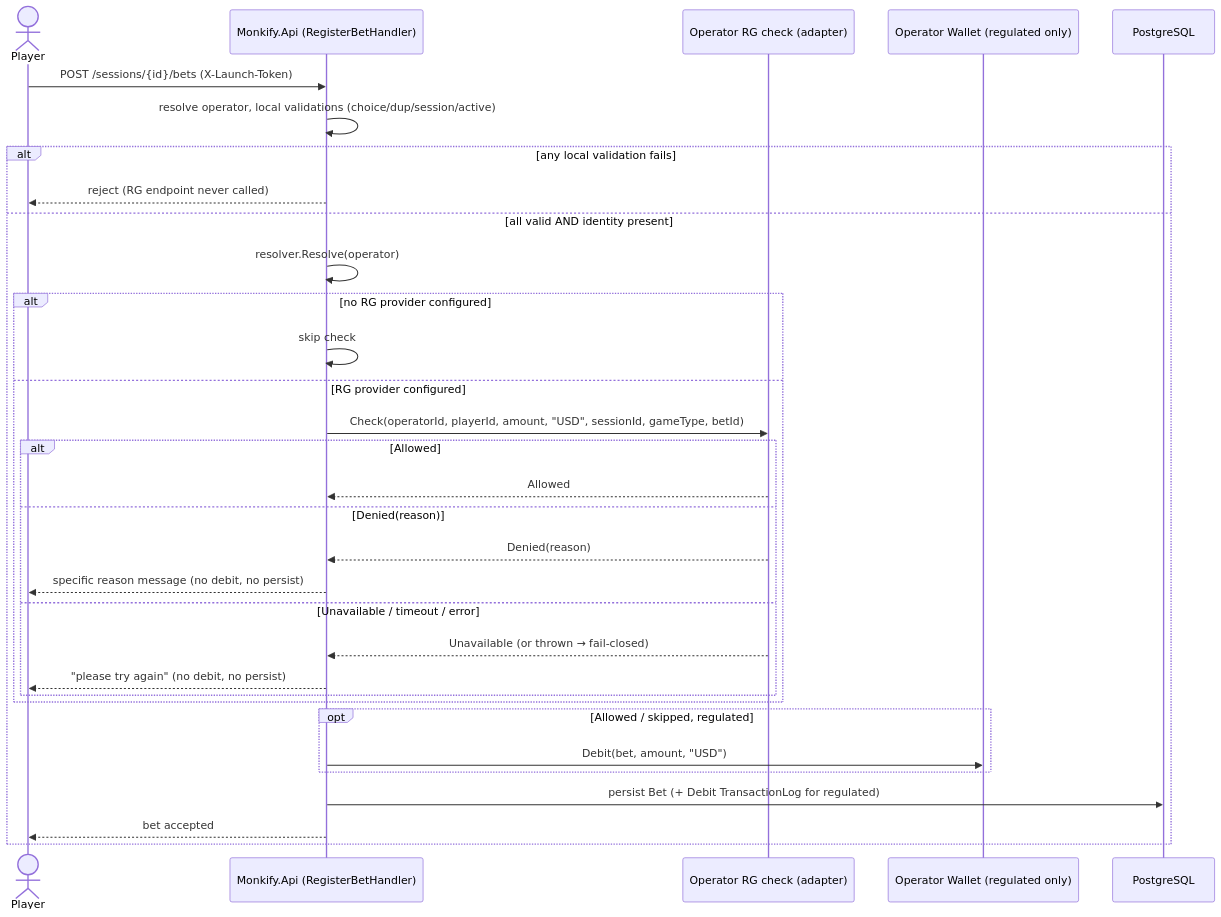
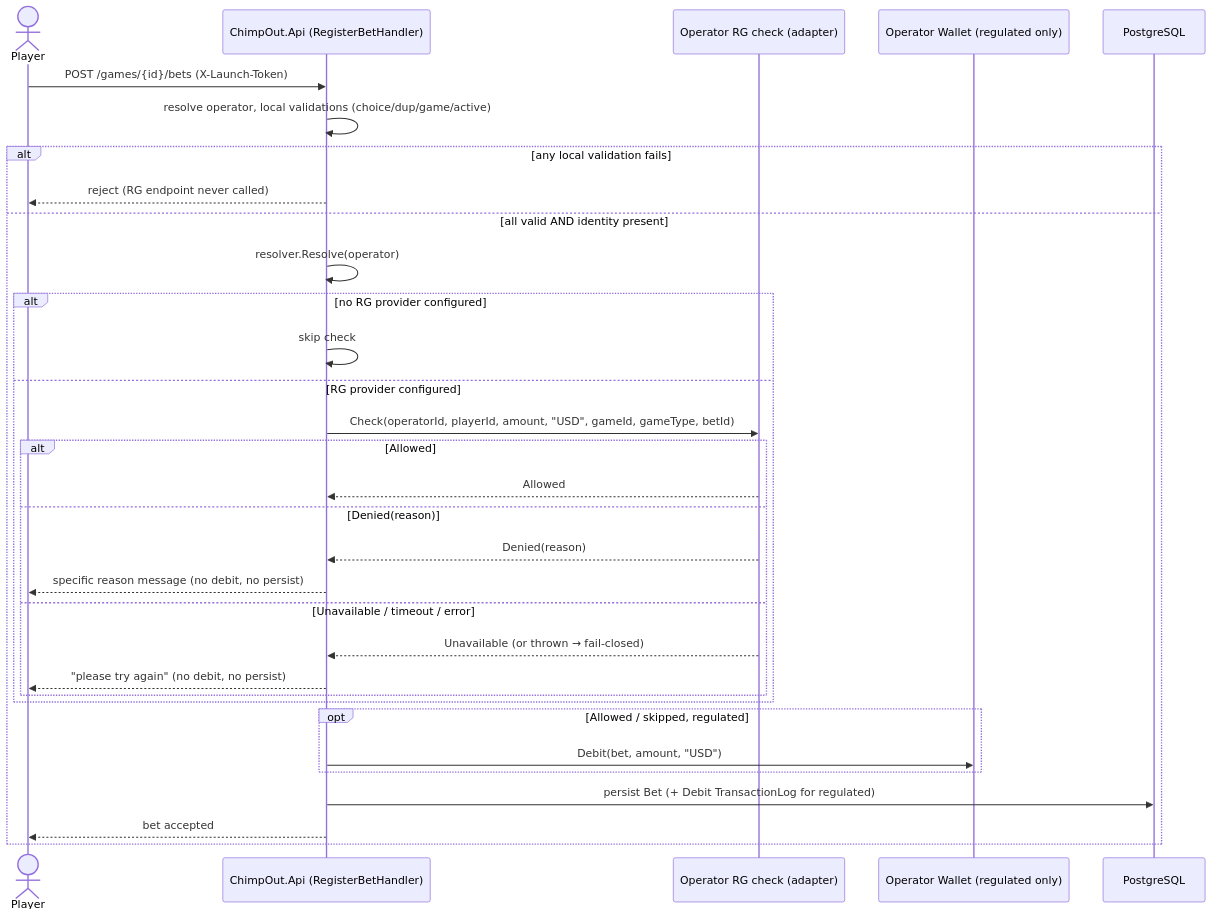
One commit to marcusruas/monkify-meta changed the diagram in specs/rg-pre-bet-hook.md. Above: the diagram before and after it, drawn with Mermaid. The commit also changed other lines of this file and 57 other files, not shown here.

First line of the commit message:
Rebrand: Monkify->ChimpOut, Session->Game in KB prose (monkify-meta)

````diff
--- a/specs/rg-pre-bet-hook.md
+++ b/specs/rg-pre-bet-hook.md
@@ -417,35 +417,35 @@
 ```mermaid
 sequenceDiagram
     actor Player
-    participant API as Monkify.Api (RegisterBetHandler)
+    participant API as ChimpOut.Api (RegisterBetHandler)
     participant RG as Operator RG check (adapter)
     participant W as Operator Wallet (regulated only)
     participant DB as PostgreSQL
 
-    Player->>API: POST /sessions/{id}/bets  (X-Launch-Token)
-    API->>API: resolve operator, local validations (choice/dup/session/active)
+    Player->>API: POST /games/{id}/bets  (X-Launch-Token)
+    API->>API: resolve operator, local validations (choice/dup/game/active)
     alt any local validation fails
         API-->>Player: reject (RG endpoint never called)
     else all valid AND identity present
         API->>API: resolver.Resolve(operator)
         alt no RG provider configured
             API->>API: skip check
         else RG provider configured
-            API->>RG: Check(operatorId, playerId, amount, "USD", sessionId, gameType, betId)
+            API->>RG: Check(operatorId, playerId, amount, "USD", gameId, gameType, betId)
             alt Allowed
                 RG-->>API: Allowed
             else Denied(reason)
                 RG-->>API: Denied(reason)
                 API-->>Player: specific reason message (no debit, no persist)
             else Unavailable / timeout / error
                 RG-->>API: Unavailable  (or thrown → fail-closed)
                 API-->>Player: "please try again" (no debit, no persist)
             end
         end
         opt Allowed / skipped, regulated
             API->>W: Debit(bet, amount, "USD")
         end
         API->>DB: persist Bet (+ Debit TransactionLog for regulated)
         API-->>Player: bet accepted
     end
 ```
````
